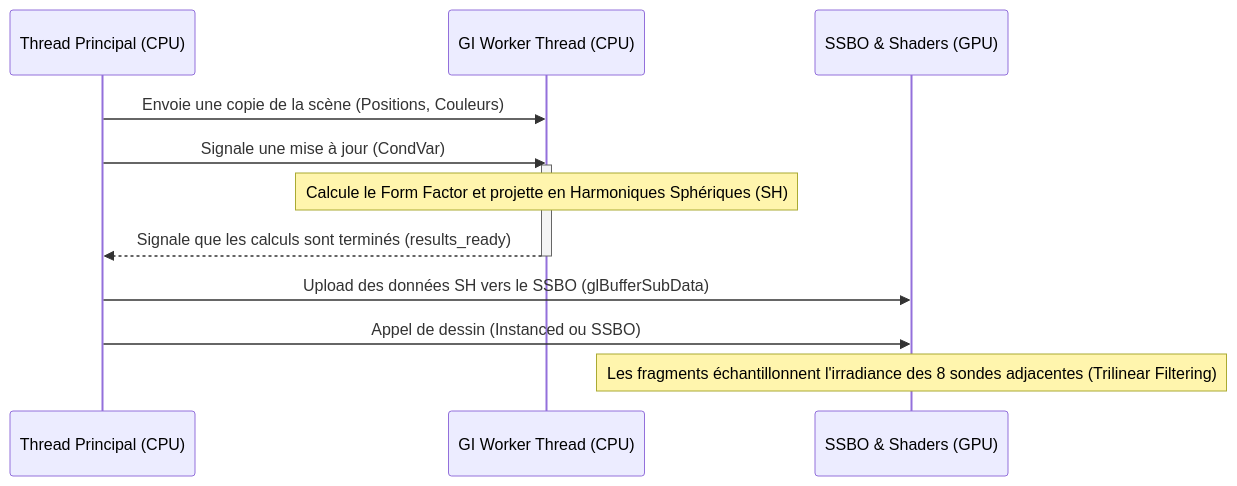
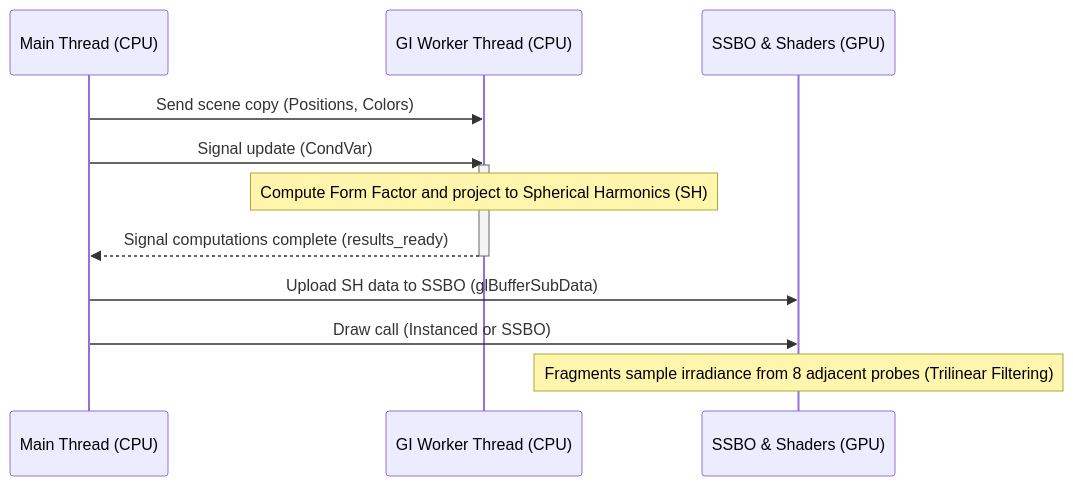
The diagram in docs/global_illumination.md (yoyonel/suckless-ogl), drawn with Mermaid before and after one commit. The commit also changed other lines of this file and 98 other files, not shown here.

````diff
--- a/docs/global_illumination.md
+++ b/docs/global_illumination.md
@@ -13,28 +13,28 @@
 ```mermaid
 %%{init: {
   "theme": "dark",
   "themeVariables": {
     "signalTextColor": "#ffffff",
     "messageTextColor": "#ffffff",
     "labelTextColor": "#ffffff",
     "actorTextColor": "#ffffff",
     "noteBkgColor": "#e0af68",
     "noteTextColor": "#1a1b26",
     "lineColor": "#7aa2f7"
   }
 }%%
 sequenceDiagram
-    participant Main as Thread Principal (CPU)
+    participant Main as Main Thread (CPU)
     participant Worker as GI Worker Thread (CPU)
     participant GPU as SSBO & Shaders (GPU)
 
-    Main->>Worker: Envoie une copie de la scène (Positions, Couleurs)
-    Main->>Worker: Signale une mise à jour (CondVar)
+    Main->>Worker: Send scene copy (Positions, Colors)
+    Main->>Worker: Signal update (CondVar)
     activate Worker
-    Note over Worker: Calcule le Form Factor et projette en Harmoniques Sphériques (SH)
-    Worker-->>Main: Signale que les calculs sont terminés (results_ready)
+    Note over Worker: Compute Form Factor and project to Spherical Harmonics (SH)
+    Worker-->>Main: Signal computations complete (results_ready)
     deactivate Worker
-    Main->>GPU: Upload des données SH vers le SSBO (glBufferSubData)
-    Main->>GPU: Appel de dessin (Instanced ou SSBO)
-    Note over GPU: Les fragments échantillonnent l'irradiance des 8 sondes adjacentes (Trilinear Filtering)
+    Main->>GPU: Upload SH data to SSBO (glBufferSubData)
+    Main->>GPU: Draw call (Instanced or SSBO)
+    Note over GPU: Fragments sample irradiance from 8 adjacent probes (Trilinear Filtering)
 ```
````
